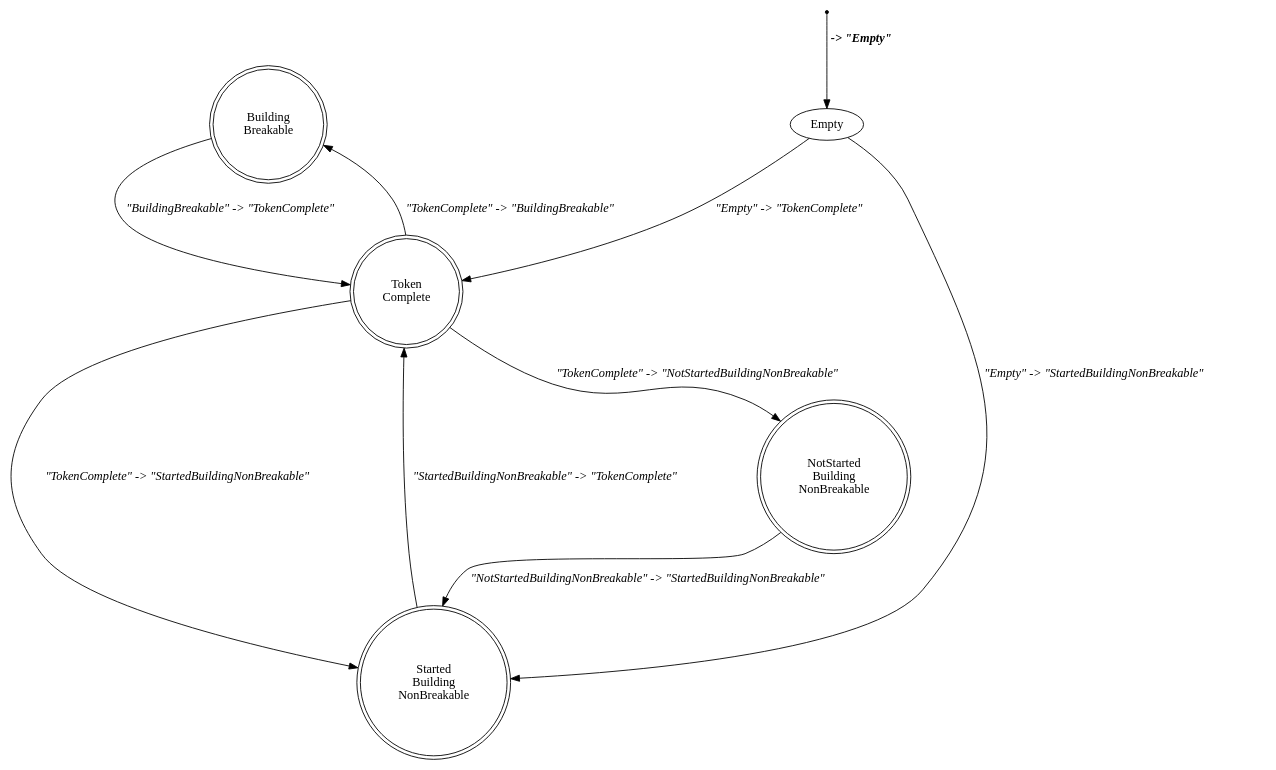
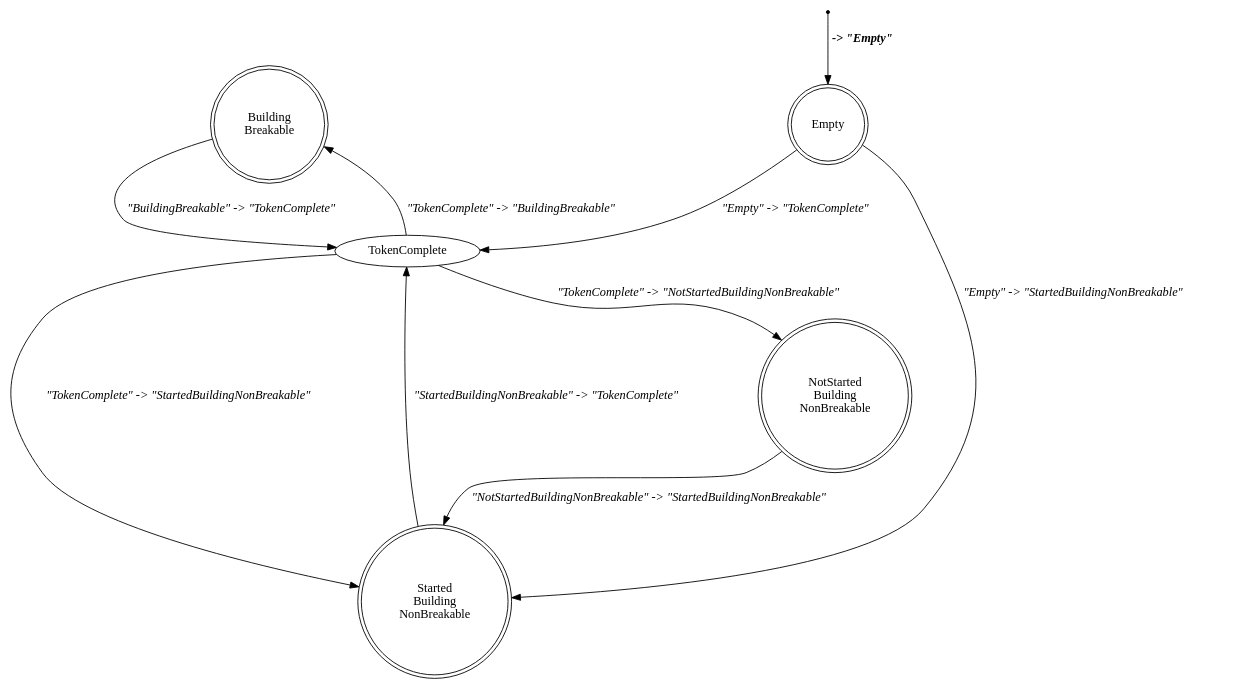
Before and after one commit to kieranjwhite/calendar_mirror: the diagram in docs/tokenising_stm.dot, drawn with Graphviz. The commit also changed 4 other files, not shown here.

```diff
--- a/docs/tokenising_stm.dot
+++ b/docs/tokenising_stm.dot
@@ -1,17 +1,17 @@
 digraph tokenising_stm {
     BuildingBreakable[label="Building\nBreakable"][shape="doublecircle"];
-    Empty[label="Empty"][shape="ellipse"];
+    Empty[label="Empty"][shape="doublecircle"];
     NotStartedBuildingNonBreakable[label="NotStarted\nBuilding\nNonBreakable"][shape="doublecircle"];
     StartedBuildingNonBreakable[label="Started\nBuilding\nNonBreakable"][shape="doublecircle"];
-    TokenComplete[label="Token\nComplete"][shape="doublecircle"];
+    TokenComplete[label="TokenComplete"][shape="ellipse"];
     _start[label="_start"][shape="point"];
     _start -> Empty[label=<<TABLE BORDER="0"><TR><TD><B><I> -&gt; "Empty"</I></B></TD></TR></TABLE>>];
     TokenComplete -> BuildingBreakable[label=<<TABLE BORDER="0"><TR><TD><I>"TokenComplete" -&gt; "BuildingBreakable"</I></TD></TR></TABLE>>];
     TokenComplete -> NotStartedBuildingNonBreakable[label=<<TABLE BORDER="0"><TR><TD><I>"TokenComplete" -&gt; "NotStartedBuildingNonBreakable"</I></TD></TR></TABLE>>];
     Empty -> StartedBuildingNonBreakable[label=<<TABLE BORDER="0"><TR><TD><I>"Empty" -&gt; "StartedBuildingNonBreakable"</I></TD></TR></TABLE>>];
     NotStartedBuildingNonBreakable -> StartedBuildingNonBreakable[label=<<TABLE BORDER="0"><TR><TD><I>"NotStartedBuildingNonBreakable" -&gt; "StartedBuildingNonBreakable"</I></TD></TR></TABLE>>];
     TokenComplete -> StartedBuildingNonBreakable[label=<<TABLE BORDER="0"><TR><TD><I>"TokenComplete" -&gt; "StartedBuildingNonBreakable"</I></TD></TR></TABLE>>];
     Empty -> TokenComplete[label=<<TABLE BORDER="0"><TR><TD><I>"Empty" -&gt; "TokenComplete"</I></TD></TR></TABLE>>];
     BuildingBreakable -> TokenComplete[label=<<TABLE BORDER="0"><TR><TD><I>"BuildingBreakable" -&gt; "TokenComplete"</I></TD></TR></TABLE>>];
     StartedBuildingNonBreakable -> TokenComplete[label=<<TABLE BORDER="0"><TR><TD><I>"StartedBuildingNonBreakable" -&gt; "TokenComplete"</I></TD></TR></TABLE>>];
 }
```
